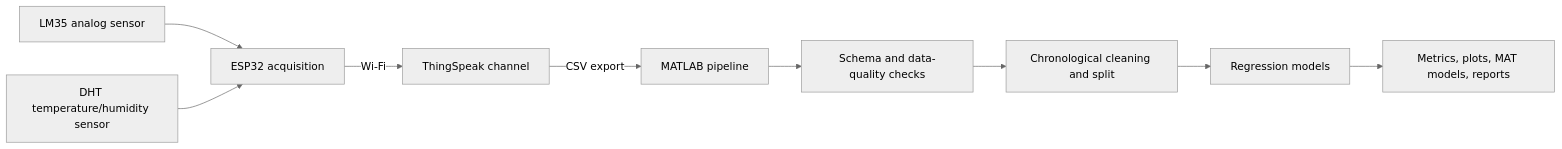
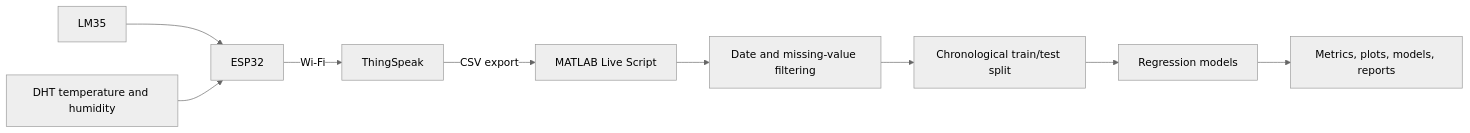
The diagram in README.md (AliSakr9997/IoT_Temperature_Prediction_Using_MATLAB), drawn with Mermaid (neutral theme) before and after one commit. The commit also changed other lines of this file, not shown here.

````diff
--- a/README.md
+++ b/README.md
@@ -48,11 +34,11 @@
 ```mermaid
 flowchart LR
-  A[LM35 analog sensor] --> E[ESP32 acquisition]
-  B[DHT temperature/humidity sensor] --> E
-  E -->|Wi-Fi| C[ThingSpeak channel]
-  C -->|CSV export| D[MATLAB pipeline]
-  D --> V[Schema and data-quality checks]
-  V --> P[Chronological cleaning and split]
-  P --> M[Regression models]
-  M --> O[Metrics, plots, MAT models, reports]
+  A[LM35] --> E[ESP32]
+  B[DHT temperature and humidity] --> E
+  E -->|Wi-Fi| C[ThingSpeak]
+  C -->|CSV export| D[MATLAB Live Script]
+  D --> F[Date and missing-value filtering]
+  F --> G[Chronological train/test split]
+  G --> H[Regression models]
+  H --> I[Metrics, plots, models, reports]
 ```
````
